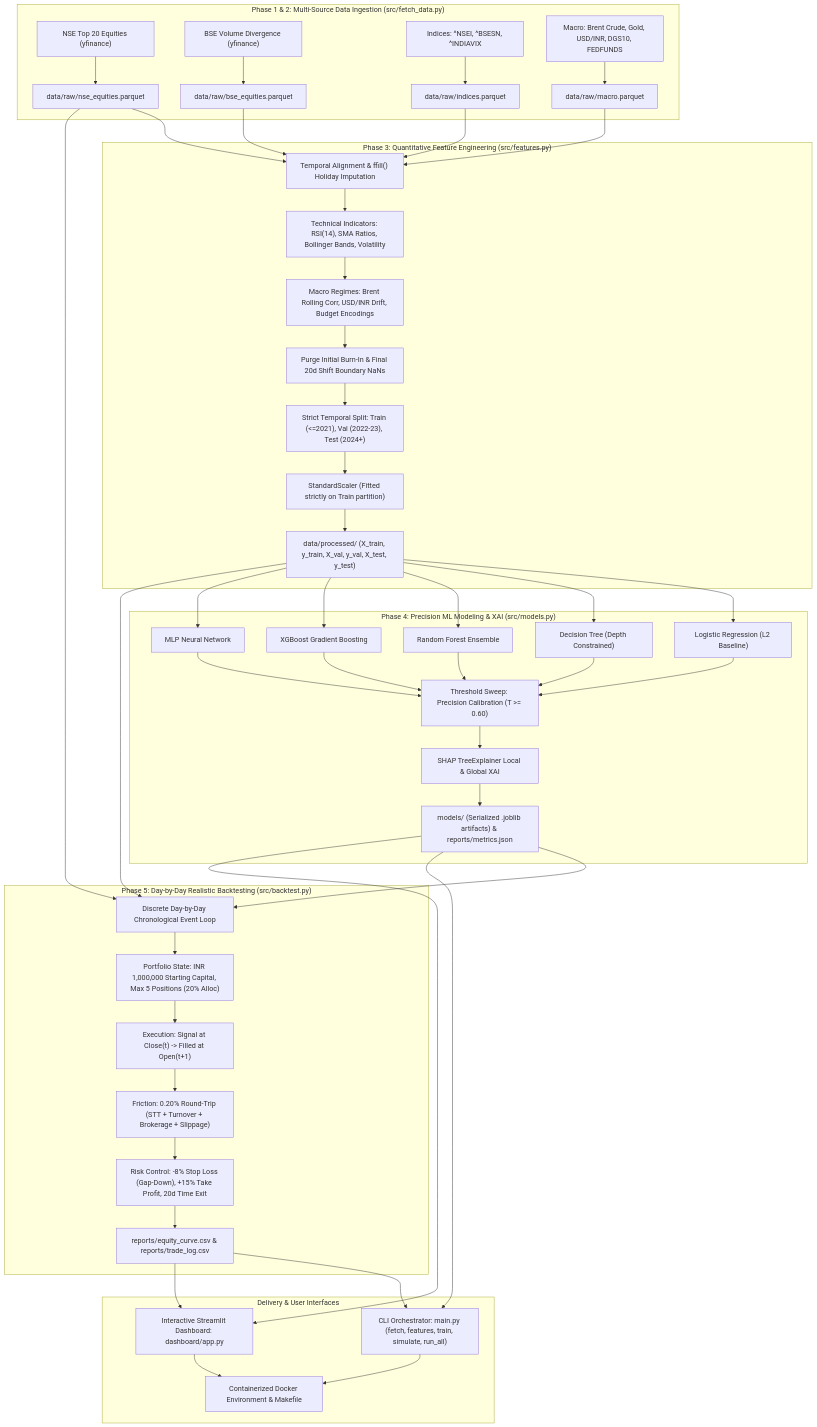
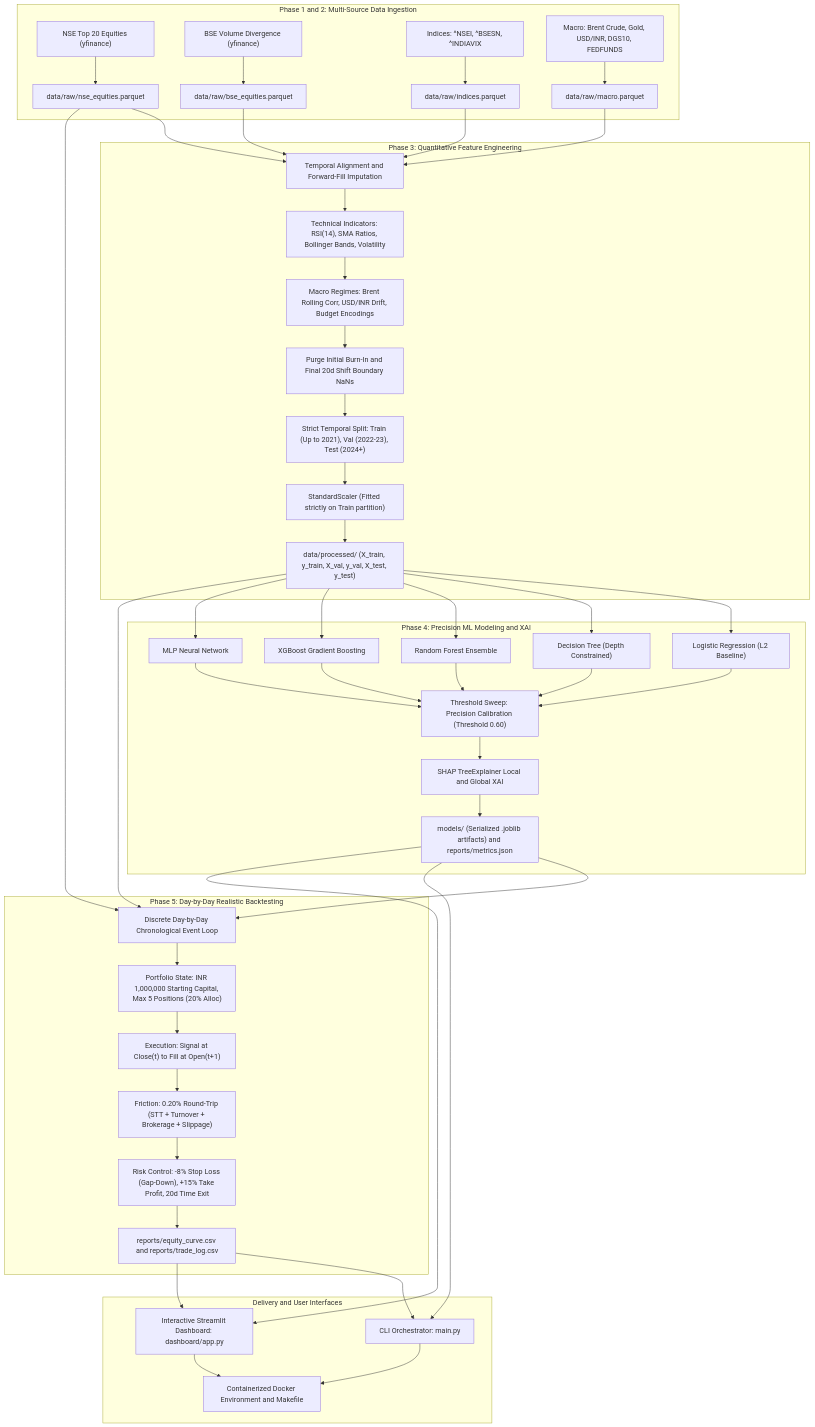
The diagram in README.md (KrishnaG-101/NiftyAlpha), drawn with Mermaid before and after one commit. The commit also changed other lines of this file, not shown here.

Commit message:
docs(readme): fix LaTeX math blocks, Mermaid syntax, and relative links

````diff
--- a/README.md
+++ b/README.md
@@ -26,45 +26,57 @@
 ```mermaid
 flowchart TD
-    subgraph DataIngestion["Phase 1 & 2: Multi-Source Data Ingestion (src/fetch_data.py)"]
+    subgraph DataIngestion [Phase 1 and 2: Multi-Source Data Ingestion]
         A1["NSE Top 20 Equities (yfinance)"] --> D1["data/raw/nse_equities.parquet"]
         A2["BSE Volume Divergence (yfinance)"] --> D2["data/raw/bse_equities.parquet"]
         A3["Indices: ^NSEI, ^BSESN, ^INDIAVIX"] --> D3["data/raw/indices.parquet"]
         A4["Macro: Brent Crude, Gold, USD/INR, DGS10, FEDFUNDS"] --> D4["data/raw/macro.parquet"]
     end
 
-    subgraph FeaturePipeline["Phase 3: Quantitative Feature Engineering (src/features.py)"]
-        D1 & D2 & D3 & D4 --> F1["Temporal Alignment & ffill() Holiday Imputation"]
+    subgraph FeaturePipeline [Phase 3: Quantitative Feature Engineering]
+        D1 --> F1["Temporal Alignment and Forward-Fill Imputation"]
+        D2 --> F1
+        D3 --> F1
+        D4 --> F1
         F1 --> F2["Technical Indicators: RSI(14), SMA Ratios, Bollinger Bands, Volatility"]
         F2 --> F3["Macro Regimes: Brent Rolling Corr, USD/INR Drift, Budget Encodings"]
-        F3 --> F4["Purge Initial Burn-In & Final 20d Shift Boundary NaNs"]
-        F4 --> F5["Strict Temporal Split: Train (<=2021), Val (2022-23), Test (2024+)"]
+        F3 --> F4["Purge Initial Burn-In and Final 20d Shift Boundary NaNs"]
+        F4 --> F5["Strict Temporal Split: Train (Up to 2021), Val (2022-23), Test (2024+)"]
         F5 --> F6["StandardScaler (Fitted strictly on Train partition)"]
         F6 --> F7["data/processed/ (X_train, y_train, X_val, y_val, X_test, y_test)"]
     end
 
-    subgraph ModelingPipeline["Phase 4: Precision ML Modeling & XAI (src/models.py)"]
+    subgraph ModelingPipeline [Phase 4: Precision ML Modeling and XAI]
         F7 --> M1["Logistic Regression (L2 Baseline)"]
         F7 --> M2["Decision Tree (Depth Constrained)"]
         F7 --> M3["Random Forest Ensemble"]
         F7 --> M4["XGBoost Gradient Boosting"]
         F7 --> M5["MLP Neural Network"]
-        M1 & M2 & M3 & M4 & M5 --> M6["Threshold Sweep: Precision Calibration (T >= 0.60)"]
-        M6 --> M7["SHAP TreeExplainer Local & Global XAI"]
-        M7 --> M8["models/ (Serialized .joblib artifacts) & reports/metrics.json"]
+        M1 --> M6["Threshold Sweep: Precision Calibration (Threshold 0.60)"]
+        M2 --> M6
+        M3 --> M6
+        M4 --> M6
+        M5 --> M6
+        M6 --> M7["SHAP TreeExplainer Local and Global XAI"]
+        M7 --> M8["models/ (Serialized .joblib artifacts) and reports/metrics.json"]
     end
 
-    subgraph SimulationPipeline["Phase 5: Day-by-Day Realistic Backtesting (src/backtest.py)"]
-        M8 & F7 & D1 --> S1["Discrete Day-by-Day Chronological Event Loop"]
+    subgraph SimulationPipeline [Phase 5: Day-by-Day Realistic Backtesting]
+        M8 --> S1["Discrete Day-by-Day Chronological Event Loop"]
+        F7 --> S1
+        D1 --> S1
         S1 --> S2["Portfolio State: INR 1,000,000 Starting Capital, Max 5 Positions (20% Alloc)"]
-        S2 --> S3["Execution: Signal at Close(t) -> Filled at Open(t+1)"]
+        S2 --> S3["Execution: Signal at Close(t) to Fill at Open(t+1)"]
         S3 --> S4["Friction: 0.20% Round-Trip (STT + Turnover + Brokerage + Slippage)"]
         S4 --> S5["Risk Control: -8% Stop Loss (Gap-Down), +15% Take Profit, 20d Time Exit"]
-        S5 --> S6["reports/equity_curve.csv & reports/trade_log.csv"]
+        S5 --> S6["reports/equity_curve.csv and reports/trade_log.csv"]
     end
 
-    subgraph Deployment["Delivery & User Interfaces"]
-        S6 & M8 --> U1["CLI Orchestrator: main.py (fetch, features, train, simulate, run_all)"]
-        S6 & M8 --> U2["Interactive Streamlit Dashboard: dashboard/app.py"]
-        U1 & U2 --> U3["Containerized Docker Environment & Makefile"]
+    subgraph Deployment [Delivery and User Interfaces]
+        S6 --> U1["CLI Orchestrator: main.py"]
+        M8 --> U1
+        S6 --> U2["Interactive Streamlit Dashboard: dashboard/app.py"]
+        M8 --> U2
+        U1 --> U3["Containerized Docker Environment and Makefile"]
+        U2 --> U3
     end
 ```
````
